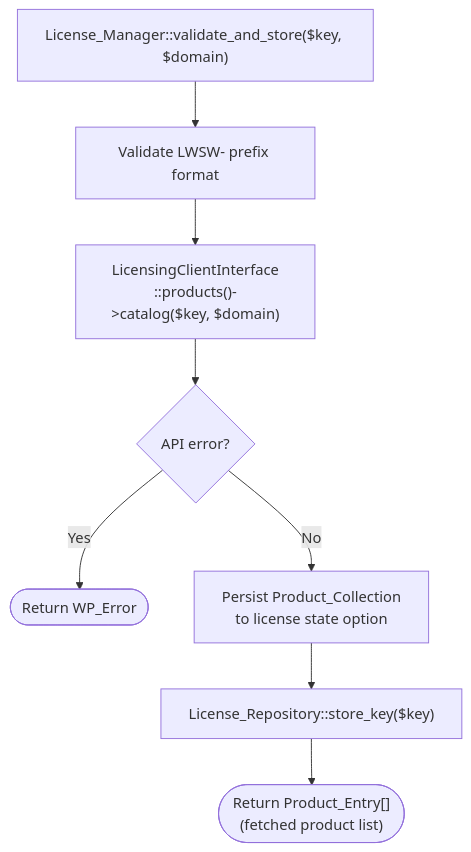
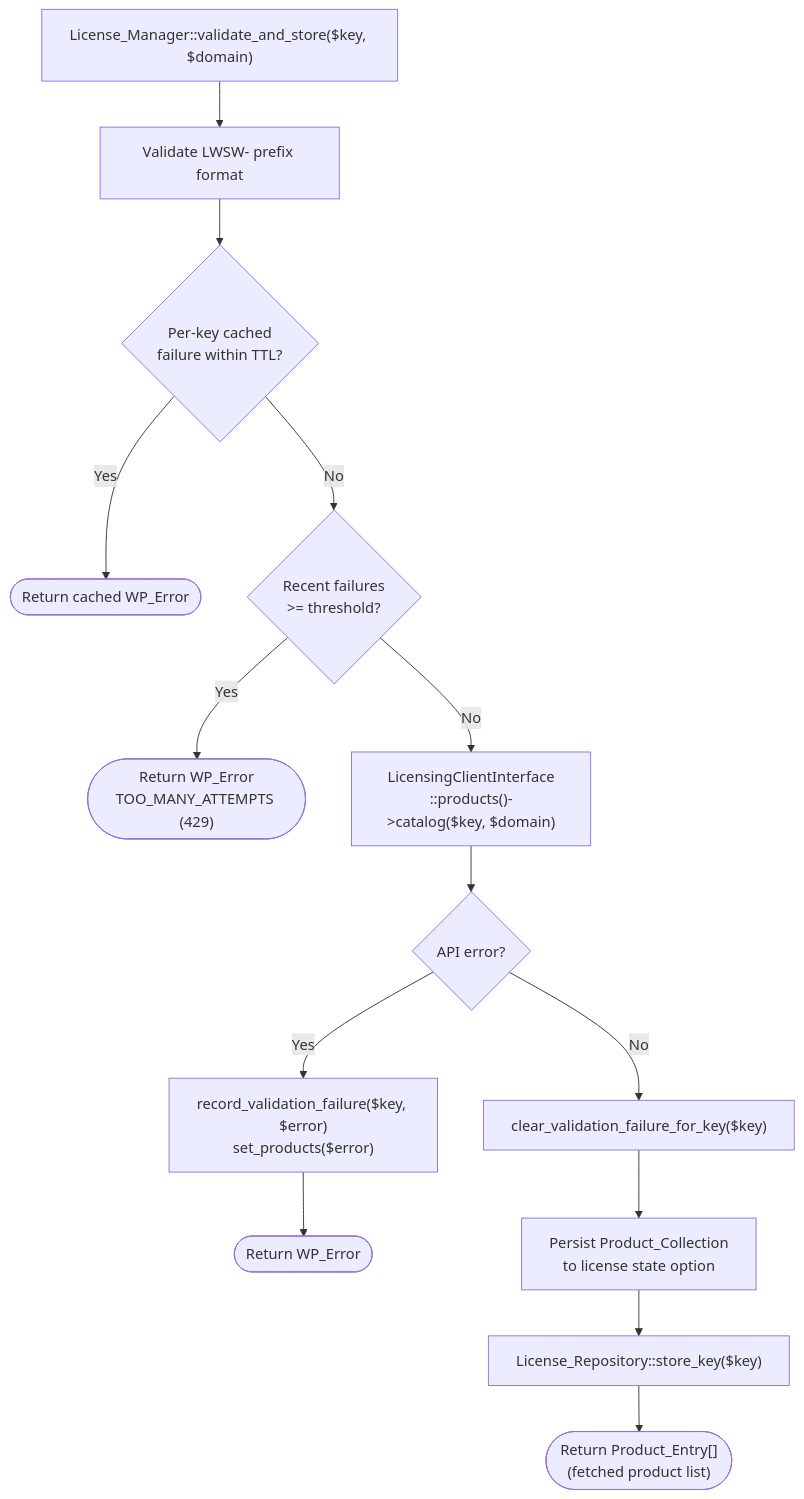
One commit to stellarwp/harbor changed the third of 5 diagrams in docs/subsystems/licensing.md. Above: the diagram before and after it, drawn with Mermaid. The commit also changed other lines of this file and 1 other file, not shown here.

First line of the commit message:
Document the layered validate_and_store throttle

````diff
--- a/docs/subsystems/licensing.md
+++ b/docs/subsystems/licensing.md
@@ -203,11 +216,17 @@
 ```mermaid
 flowchart TD
     Start["License_Manager::validate_and_store($key, $domain)"]
     Start --> Validate["Validate LWSW- prefix format"]
-    Validate --> API["LicensingClientInterface\n::products()->catalog($key, $domain)"]
+    Validate --> PerKey{"Per-key cached\nfailure within TTL?"}
+    PerKey -->|Yes| ReturnCached(["Return cached WP_Error"])
+    PerKey -->|No| Window{"Recent failures\n>= threshold?"}
+    Window -->|Yes| TooMany(["Return WP_Error\nTOO_MANY_ATTEMPTS (429)"])
+    Window -->|No| API["LicensingClientInterface\n::products()->catalog($key, $domain)"]
     API --> Check{"API error?"}
-    Check -->|Yes| Error(["Return WP_Error"])
-    Check -->|No| Persist["Persist Product_Collection\nto license state option"]
+    Check -->|Yes| RecordFail["record_validation_failure($key, $error)\nset_products($error)"]
+    RecordFail --> Error(["Return WP_Error"])
+    Check -->|No| ClearKey["clear_validation_failure_for_key($key)"]
+    ClearKey --> Persist["Persist Product_Collection\nto license state option"]
     Persist --> Store["License_Repository::store_key($key)"]
     Store --> Return(["Return Product_Entry[]\n(fetched product list)"])
 ```
````
